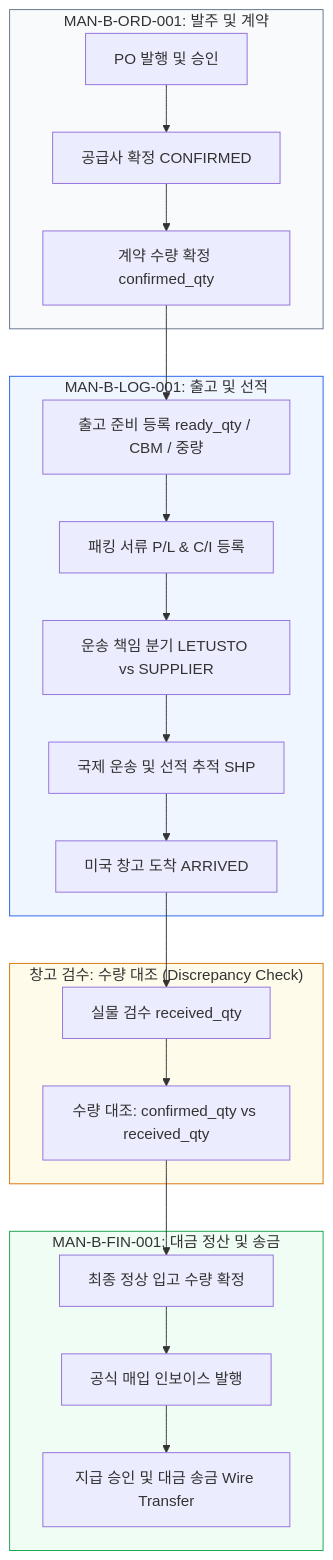
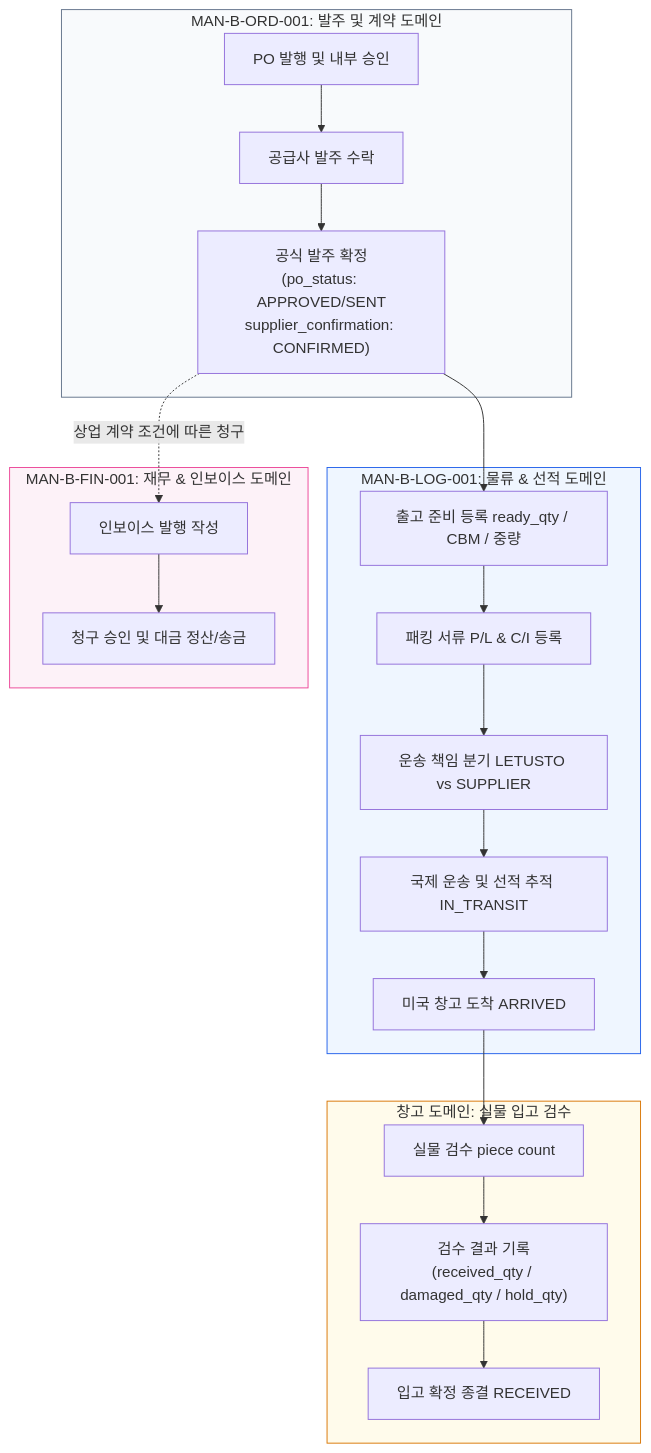
The seventh of 7 diagrams in Manuals/MAN-B-LOG-001_Shipping-Logistics/01_SOURCE/MAN-B-LOG-001_Workflow_Map.md (chaehahm-Kr/KBGP-Portal), drawn with Mermaid before and after one commit. The commit also changed other lines of this file and 3 other files, not shown here.

Commit message:
docs(manual): MAN-B-LOG-001-SRC-001-R1 source boundary and state disambiguation correction

````diff
--- a/Manuals/MAN-B-LOG-001_Shipping-Logistics/01_SOURCE/MAN-B-LOG-001_Workflow_Map.md
+++ b/Manuals/MAN-B-LOG-001_Shipping-Logistics/01_SOURCE/MAN-B-LOG-001_Workflow_Map.md
@@ -197,31 +202,31 @@
 ```mermaid
 flowchart TD
-    subgraph M1["MAN-B-ORD-001: 발주 및 계약"]
-        O1[PO 발행 및 승인] --> O2[공급사 확정 CONFIRMED]
-        O2 --> O3[계약 수량 확정 confirmed_qty]
+    subgraph ORD["MAN-B-ORD-001: 발주 및 계약 도메인"]
+        O1[PO 발행 및 내부 승인] --> O2[공급사 발주 수락]
+        O2 --> O3["공식 발주 확정<br/>(po_status: APPROVED/SENT<br/>supplier_confirmation: CONFIRMED)"]
     end
 
-    subgraph M2["MAN-B-LOG-001: 출고 및 선적"]
+    subgraph LOG_TRACK["MAN-B-LOG-001: 물류 & 선적 도메인"]
         O3 --> L1[출고 준비 등록 ready_qty / CBM / 중량]
         L1 --> L2[패킹 서류 P/L & C/I 등록]
         L2 --> L3[운송 책임 분기 LETUSTO vs SUPPLIER]
-        L3 --> L4[국제 운송 및 선적 추적 SHP]
+        L3 --> L4[국제 운송 및 선적 추적 IN_TRANSIT]
         L4 --> L5[미국 창고 도착 ARRIVED]
     end
 
-    subgraph M3["창고 검수: 수량 대조 (Discrepancy Check)"]
-        L5 --> R1[실물 검수 received_qty]
-        R1 --> R2[수량 대조: confirmed_qty vs received_qty]
+    subgraph WHS_RCV["창고 도메인: 실물 입고 검수"]
+        L5 --> R1[실물 검수 piece count]
+        R1 --> R2["검수 결과 기록<br/>(received_qty / damaged_qty / hold_qty)"]
+        R2 --> R3[입고 확정 종결 RECEIVED]
     end
 
-    subgraph M4["MAN-B-FIN-001: 대금 정산 및 송금"]
-        R2 --> F1[최종 정상 입고 수량 확정]
-        F1 --> F2[공식 매입 인보이스 발행]
-        F2 --> F3[지급 승인 및 대금 송금 Wire Transfer]
+    subgraph FIN_TRACK["MAN-B-FIN-001: 재무 & 인보이스 도메인"]
+        O3 -.->|상업 계약 조건에 따른 청구| F1[인보이스 발행 작성]
+        F1 --> F2[청구 승인 및 대금 정산/송금]
     end
 
-    style M1 fill:#f8fafc,stroke:#64748b
-    style M2 fill:#eff6ff,stroke:#2563eb
-    style M3 fill:#fffbeb,stroke:#d97706
-    style M4 fill:#f0fdf4,stroke:#16a34a
+    style ORD fill:#f8fafc,stroke:#64748b
+    style LOG_TRACK fill:#eff6ff,stroke:#2563eb
+    style WHS_RCV fill:#fffbeb,stroke:#d97706
+    style FIN_TRACK fill:#fdf2f8,stroke:#ec4899
 ```
````
